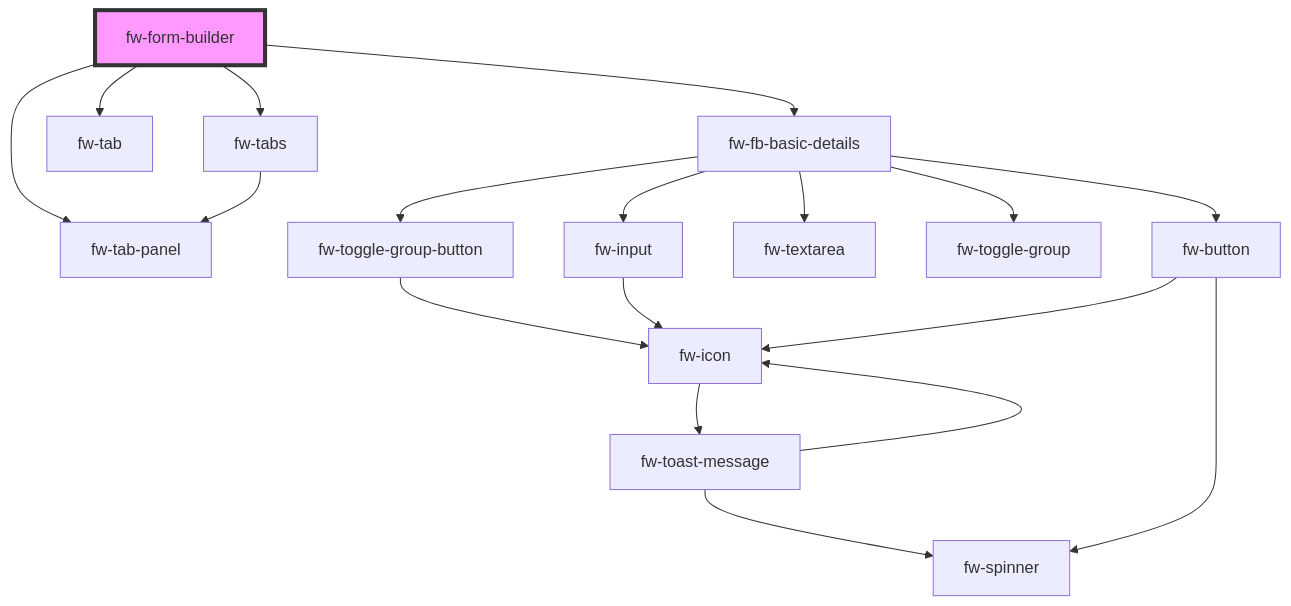
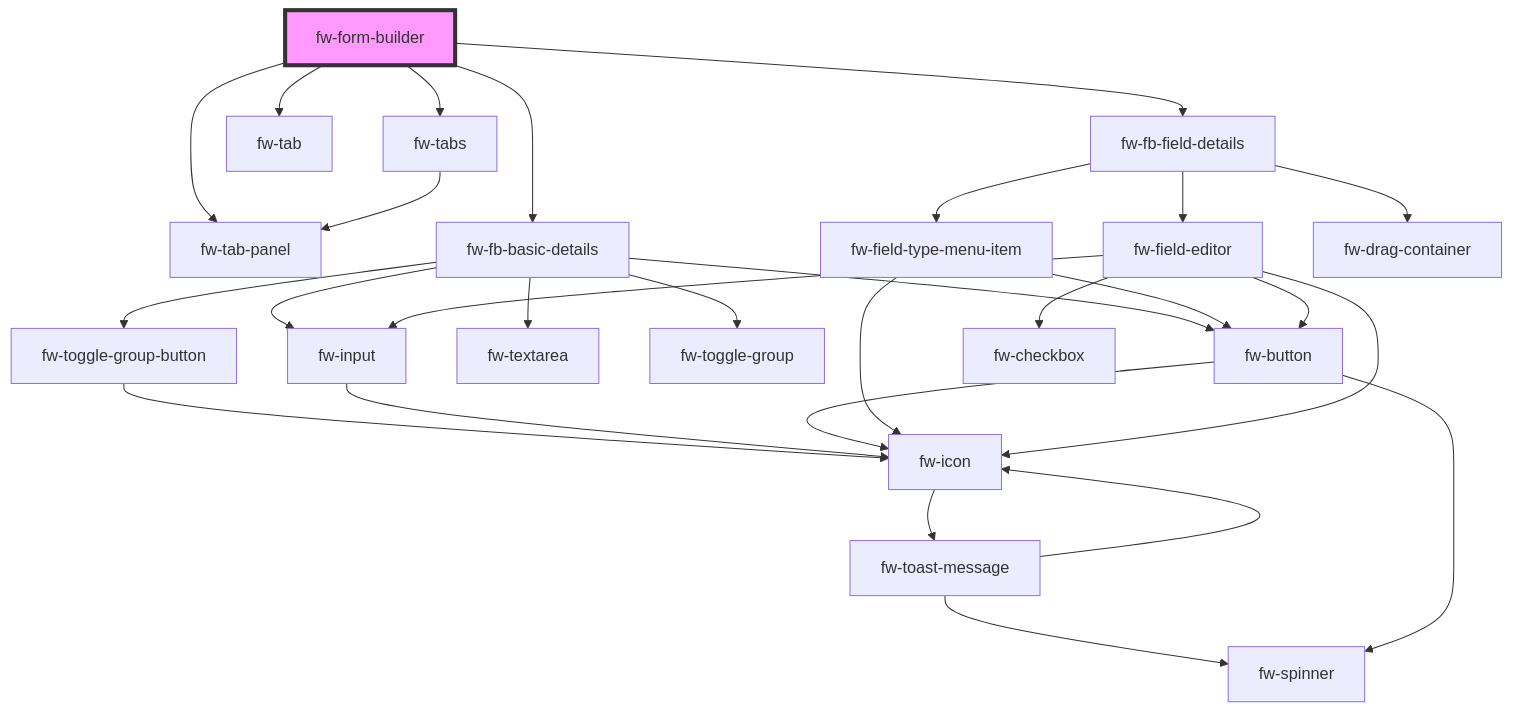
One commit to freshworks/crayons changed the diagram in packages/crayons-core/src/components/form-builder/readme.md. Above: the diagram before and after it, drawn with Mermaid. The commit also changed other lines of this file and 29 other files, not shown here.

First line of the commit message:
chore(form-builder): form builder changes

````diff
--- a/packages/crayons-core/src/components/form-builder/readme.md
+++ b/packages/crayons-core/src/components/form-builder/readme.md
@@ -33,21 +47,31 @@
 ```mermaid
 graph TD;
   fw-form-builder --> fw-tabs
   fw-form-builder --> fw-tab
   fw-form-builder --> fw-tab-panel
   fw-form-builder --> fw-fb-basic-details
+  fw-form-builder --> fw-fb-field-details
   fw-tabs --> fw-tab-panel
   fw-fb-basic-details --> fw-toggle-group-button
   fw-fb-basic-details --> fw-input
   fw-fb-basic-details --> fw-textarea
   fw-fb-basic-details --> fw-toggle-group
   fw-fb-basic-details --> fw-button
   fw-toggle-group-button --> fw-icon
   fw-icon --> fw-toast-message
   fw-toast-message --> fw-spinner
   fw-toast-message --> fw-icon
   fw-input --> fw-icon
   fw-button --> fw-spinner
   fw-button --> fw-icon
+  fw-fb-field-details --> fw-field-type-menu-item
+  fw-fb-field-details --> fw-field-editor
+  fw-fb-field-details --> fw-drag-container
+  fw-field-type-menu-item --> fw-icon
+  fw-field-type-menu-item --> fw-button
+  fw-field-editor --> fw-checkbox
+  fw-field-editor --> fw-input
+  fw-field-editor --> fw-icon
+  fw-field-editor --> fw-button
   style fw-form-builder fill:#f9f,stroke:#333,stroke-width:4px
 ```
````
